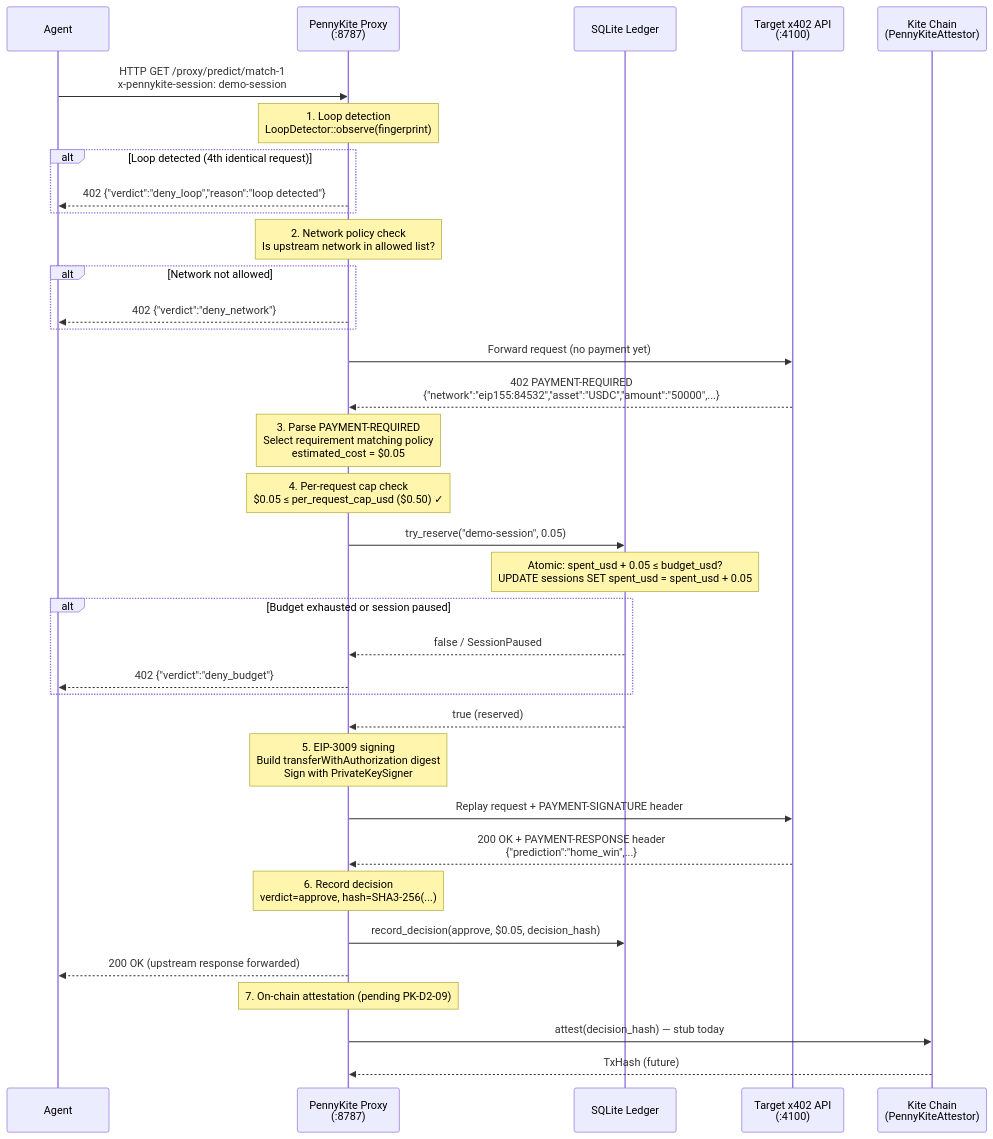
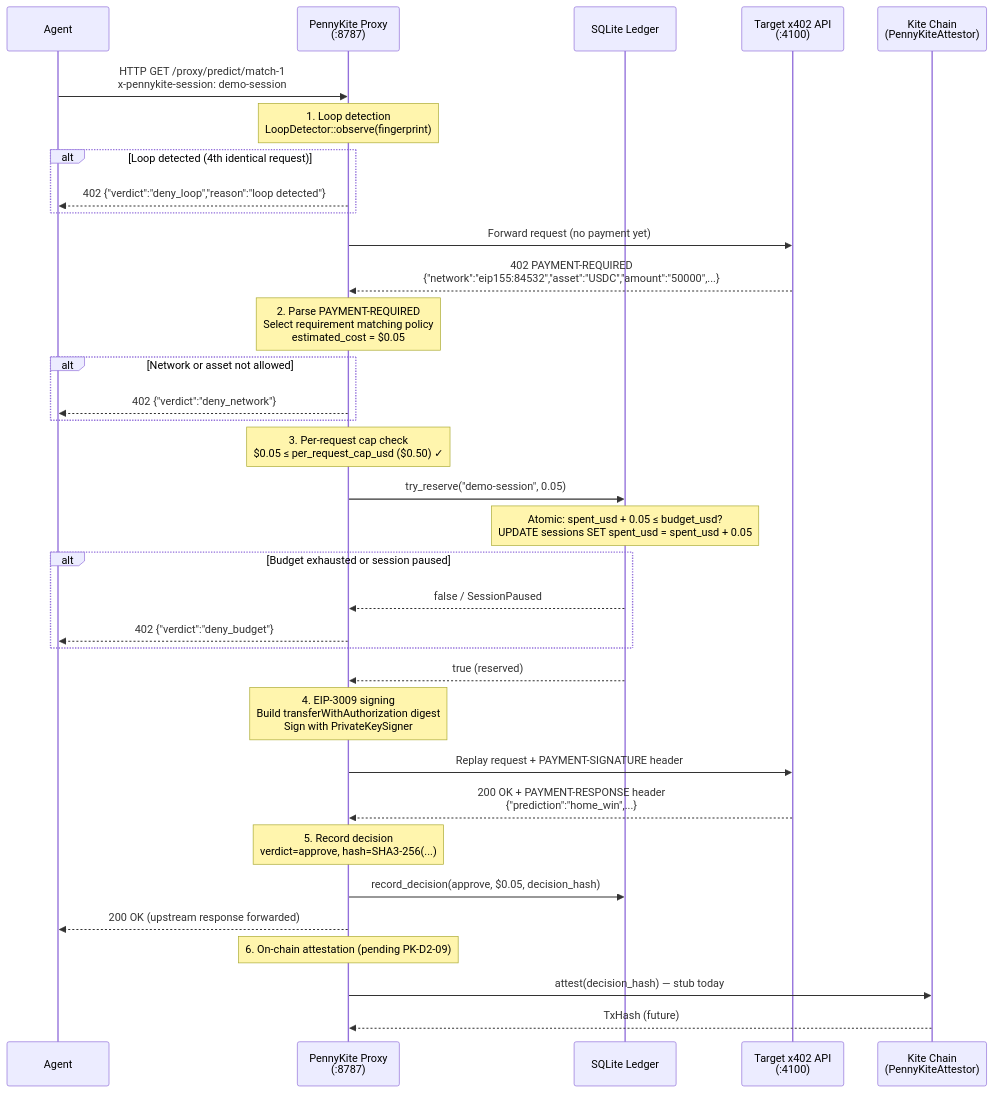
Before and after one commit to manuelpenazuniga/PennyKite: the diagram in documentation/x402-flow.md, drawn with Mermaid. The commit also changed other lines of this file and 4 other files, not shown here.

Commit message:
docs(public): finalize architecture docs

````diff
--- a/documentation/x402-flow.md
+++ b/documentation/x402-flow.md
@@ -25,53 +25,51 @@
 ```mermaid
 sequenceDiagram
     participant Agent
     participant Proxy as PennyKite Proxy<br/>(:8787)
     participant Ledger as SQLite Ledger
     participant Upstream as Target x402 API<br/>(:4100)
     participant Kite as Kite Chain<br/>(PennyKiteAttestor)
 
     Agent->>Proxy: HTTP GET /proxy/predict/match-1<br/>x-pennykite-session: demo-session
 
     Note over Proxy: 1. Loop detection<br/>LoopDetector::observe(fingerprint)
 
     alt Loop detected (4th identical request)
         Proxy-->>Agent: 402 {"verdict":"deny_loop","reason":"loop detected"}
     end
 
-    Note over Proxy: 2. Network policy check<br/>Is upstream network in allowed list?
+    Proxy->>Upstream: Forward request (no payment yet)
+    Upstream-->>Proxy: 402 PAYMENT-REQUIRED<br/>{"network":"eip155:84532","asset":"USDC","amount":"50000",...}
 
-    alt Network not allowed
+    Note over Proxy: 2. Parse PAYMENT-REQUIRED<br/>Select requirement matching policy<br/>estimated_cost = $0.05
+
+    alt Network or asset not allowed
         Proxy-->>Agent: 402 {"verdict":"deny_network"}
     end
 
-    Proxy->>Upstream: Forward request (no payment yet)
-    Upstream-->>Proxy: 402 PAYMENT-REQUIRED<br/>{"network":"eip155:84532","asset":"USDC","amount":"50000",...}
-
-    Note over Proxy: 3. Parse PAYMENT-REQUIRED<br/>Select requirement matching policy<br/>estimated_cost = $0.05
-
-    Note over Proxy: 4. Per-request cap check<br/>$0.05 ≤ per_request_cap_usd ($0.50) ✓
+    Note over Proxy: 3. Per-request cap check<br/>$0.05 ≤ per_request_cap_usd ($0.50) ✓
 
     Proxy->>Ledger: try_reserve("demo-session", 0.05)
     Note over Ledger: Atomic: spent_usd + 0.05 ≤ budget_usd?<br/>UPDATE sessions SET spent_usd = spent_usd + 0.05
 
     alt Budget exhausted or session paused
         Ledger-->>Proxy: false / SessionPaused
         Proxy-->>Agent: 402 {"verdict":"deny_budget"}
     end
 
     Ledger-->>Proxy: true (reserved)
 
-    Note over Proxy: 5. EIP-3009 signing<br/>Build transferWithAuthorization digest<br/>Sign with PrivateKeySigner
+    Note over Proxy: 4. EIP-3009 signing<br/>Build transferWithAuthorization digest<br/>Sign with PrivateKeySigner
 
     Proxy->>Upstream: Replay request + PAYMENT-SIGNATURE header
     Upstream-->>Proxy: 200 OK + PAYMENT-RESPONSE header<br/>{"prediction":"home_win",...}
 
-    Note over Proxy: 6. Record decision<br/>verdict=approve, hash=SHA3-256(...)
+    Note over Proxy: 5. Record decision<br/>verdict=approve, hash=SHA3-256(...)
 
     Proxy->>Ledger: record_decision(approve, $0.05, decision_hash)
     Proxy-->>Agent: 200 OK (upstream response forwarded)
 
-    Note over Proxy: 7. On-chain attestation (pending PK-D2-09)
+    Note over Proxy: 6. On-chain attestation (pending PK-D2-09)
     Proxy->>Kite: attest(decision_hash) — stub today
     Kite-->>Proxy: TxHash (future)
 ```
````
